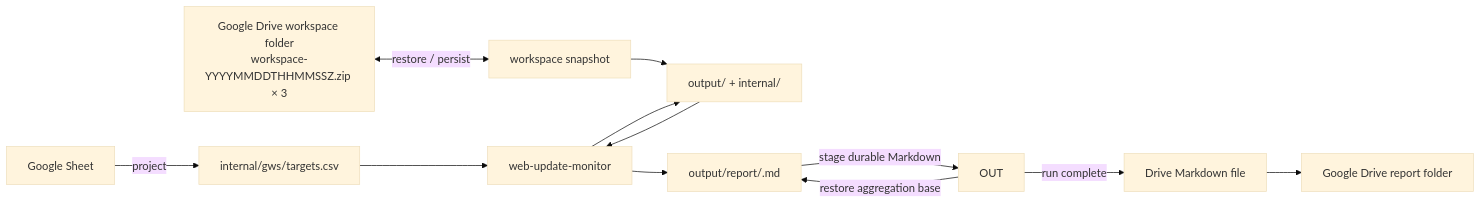
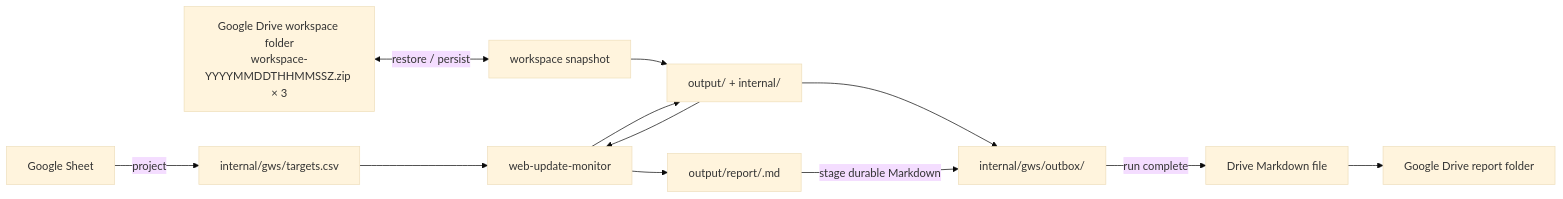
Before and after one commit to dceoy/wsum: the diagram in skills/web-update-monitor-gws/SKILL.md, drawn with Mermaid (base theme). The commit also changed other lines of this file, not shown here.

Commit message:
Fix workspace snapshot flow documentation

````diff
--- a/skills/web-update-monitor-gws/SKILL.md
+++ b/skills/web-update-monitor-gws/SKILL.md
@@ -16,14 +16,14 @@
 ```mermaid
 flowchart LR
     GS["Google Sheet"] -->|project| CSV["internal/gws/targets.csv"]
     DS["Google Drive workspace folder<br/>workspace-YYYYMMDDTHHMMSSZ.zip × 3"] <-->|restore / persist| WS["workspace snapshot"]
     WS --> WORKSPACE["output/ + internal/"]
     CSV --> CORE["web-update-monitor"]
     WORKSPACE --> CORE
     CORE --> WORKSPACE
     CORE --> REPORT["output/report/<run-id>.md"]
-    OUT -->|restore aggregation base| REPORT
+    WORKSPACE --> OUT["internal/gws/outbox/"]
     REPORT -->|stage durable Markdown| OUT
     OUT -->|run complete| GMD["Drive Markdown file"]
     GMD --> DR["Google Drive report folder"]
 ```
````
